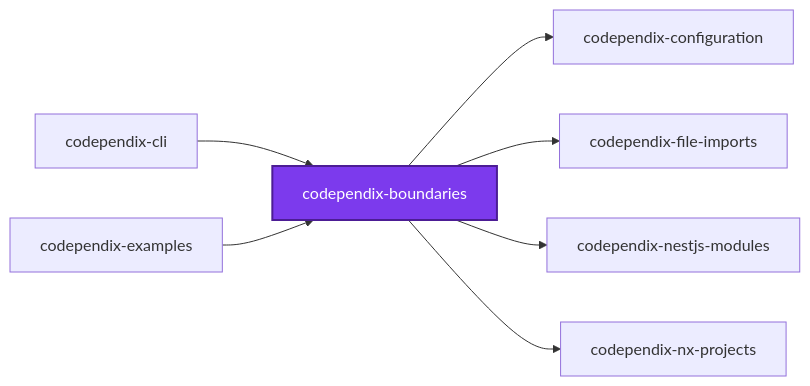
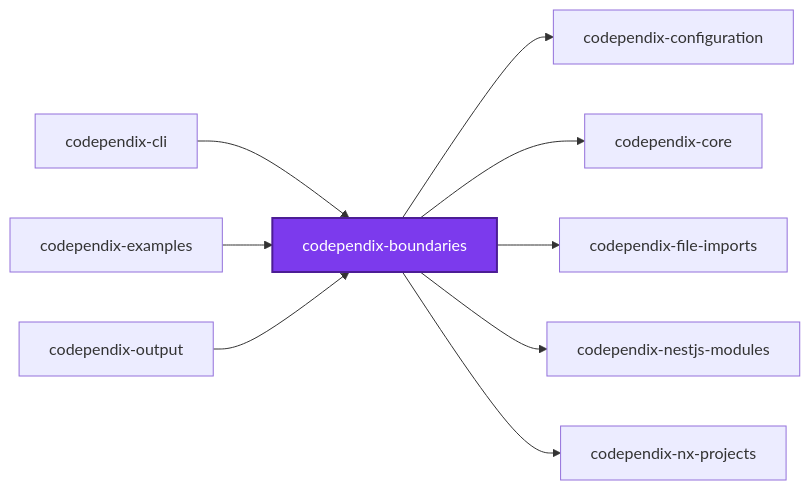
The first of 3 diagrams in packages/ic-suite/codependix/codependix-boundaries/README.md (JimmyPaolini/codebase), drawn with Mermaid before and after one commit. The commit also changed other lines of this file and 16 other files, not shown here.

Commit message:
refactor(codependix): ♻️ measure the moved size limits and regenerate the module graphs

````diff
--- a/packages/ic-suite/codependix/codependix-boundaries/README.md
+++ b/packages/ic-suite/codependix/codependix-boundaries/README.md
@@ -148,18 +148,22 @@
 ```mermaid
 graph LR
   codependix_boundaries["codependix-boundaries"]
   codependix_cli["codependix-cli"]
   codependix_configuration["codependix-configuration"]
+  codependix_core["codependix-core"]
   codependix_examples["codependix-examples"]
   codependix_file_imports["codependix-file-imports"]
   codependix_nestjs_modules["codependix-nestjs-modules"]
   codependix_nx_projects["codependix-nx-projects"]
+  codependix_output["codependix-output"]
   codependix_boundaries --> codependix_configuration
+  codependix_boundaries --> codependix_core
   codependix_boundaries --> codependix_file_imports
   codependix_boundaries --> codependix_nestjs_modules
   codependix_boundaries --> codependix_nx_projects
   codependix_cli --> codependix_boundaries
   codependix_examples --> codependix_boundaries
+  codependix_output --> codependix_boundaries
   classDef subject fill:#7c3aed,color:#fff,stroke:#4c1d95,stroke-width:2px
   class codependix_boundaries subject
 ```
````
